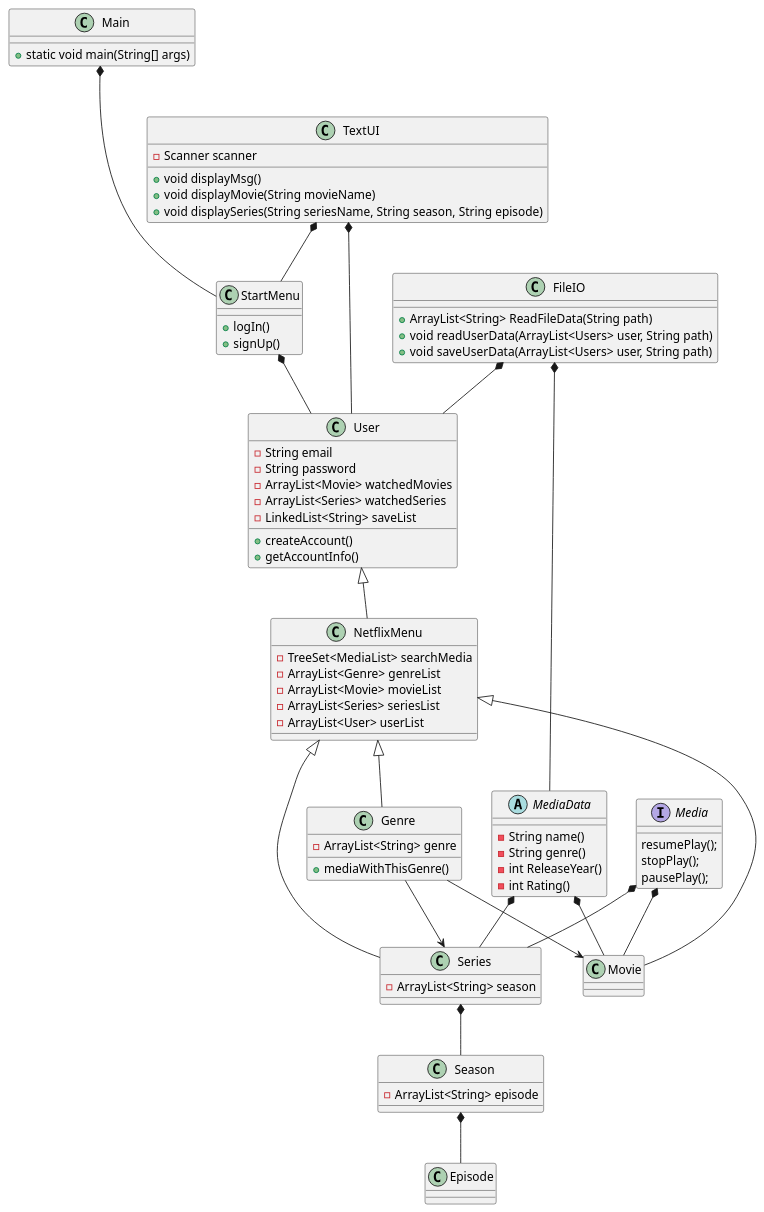
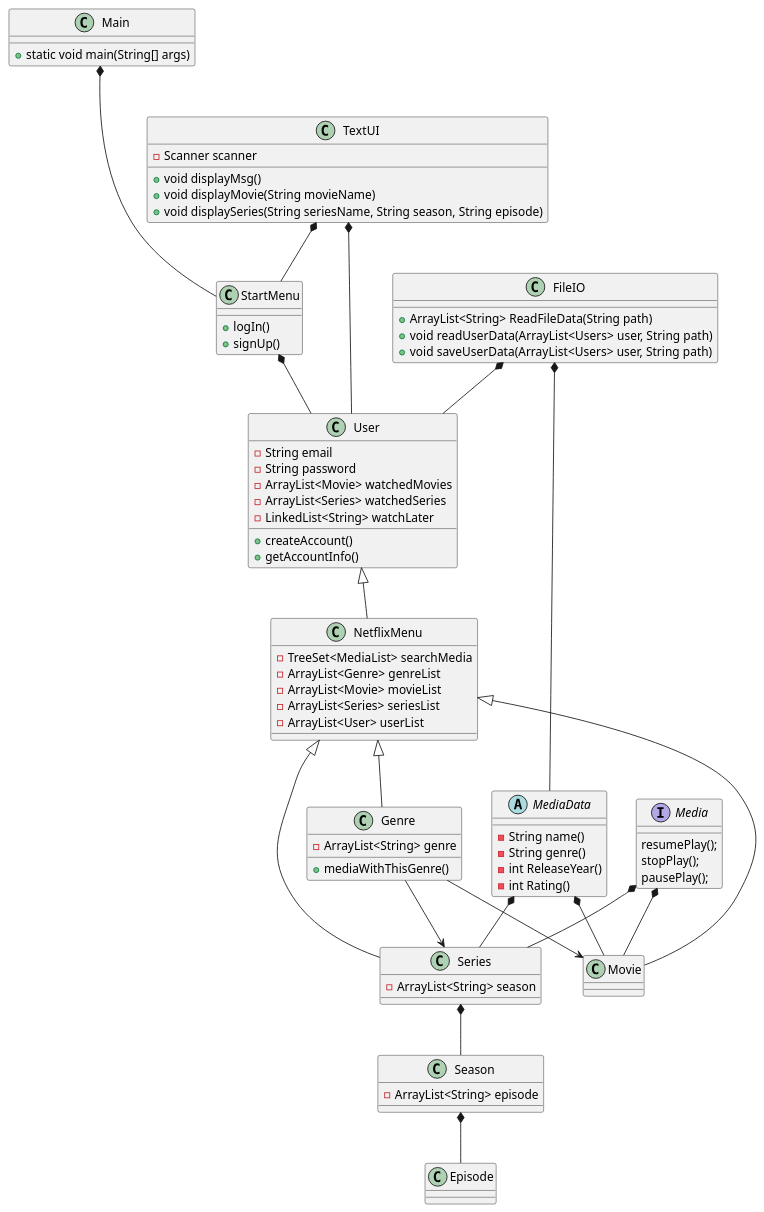
Before and after one commit to AerrowV/SP3_Netflix: the diagram in Diagrams/SP3.puml, drawn with PlantUML. The commit also changed 6 other files, not shown here.

Commit message:
zana er en bandit

```diff
--- a/Diagrams/SP3.puml
+++ b/Diagrams/SP3.puml
@@ -1,99 +1,99 @@
 @startuml
 'https://plantuml.com/class-diagram
 
 class Main{
 + static void main(String[] args)
 }
 
 class StartMenu {
 + logIn()
 + signUp()
 }
 
 class User {
 - String email
 - String password
 - ArrayList<Movie> watchedMovies
 - ArrayList<Series> watchedSeries
-- LinkedList<String> saveList
+- LinkedList<String> watchLater
 + createAccount()
 + getAccountInfo()
 }
 
 class FileIO {
 + ArrayList<String> ReadFileData(String path)
 + void readUserData(ArrayList<Users> user, String path)
 + void saveUserData(ArrayList<Users> user, String path)
 }
 
 interface Media {
 resumePlay();
 stopPlay();
 pausePlay();
 
 }
 abstract MediaData{
 - String name()
 - String genre()
 - int ReleaseYear()
 - int Rating()
 
 
 }
 
 class NetflixMenu {
 - TreeSet<MediaList> searchMedia
 - ArrayList<Genre> genreList
 - ArrayList<Movie> movieList
 - ArrayList<Series> seriesList
 - ArrayList<User> userList
 
 }
 
 class Movie {
 }
 
 class Genre {
 - ArrayList<String> genre
 + mediaWithThisGenre()
 }
 
 class Series {
 - ArrayList<String> season
 }
 
 class Season {
 - ArrayList<String> episode
 }
 
 class Episode {
 
 }
 
 class TextUI {
 - Scanner scanner
 + void displayMsg()
 + void displayMovie(String movieName)
 + void displaySeries(String seriesName, String season, String episode)
 }
 
 Main *--- StartMenu
 StartMenu *-- User
 User <|-- NetflixMenu
 NetflixMenu <|-- Movie
 NetflixMenu <|-- Series
 NetflixMenu <|-- Genre
 Genre --> Movie
 Genre --> Series
 Series *-- Season
 Season *-- Episode
 Media *-- Movie
 Media *-- Series
 FileIO *-- User
 TextUI *-- User
 TextUI *-- StartMenu
 MediaData *-- Movie
 MediaData *-- Series
 FileIO *-- MediaData
 
 @enduml
```
